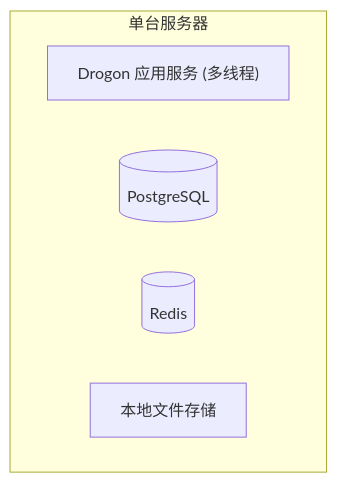
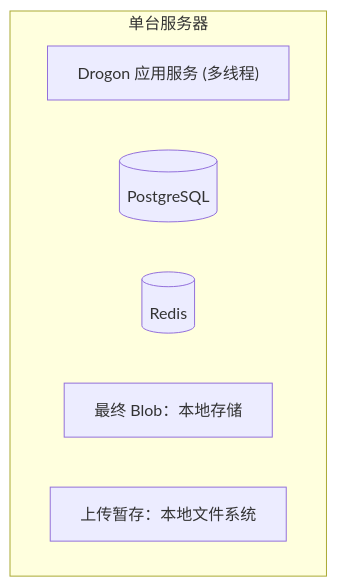
One commit to yizhinailong/disk changed the fifth of 5 diagrams in docs/design/00-系统概述.md. Above: the diagram before and after it, drawn with Mermaid. The commit also changed other lines of this file and 6 other files, not shown here.

````diff
--- a/docs/design/00-系统概述.md
+++ b/docs/design/00-系统概述.md
@@ -363,9 +365,10 @@
 ```mermaid
 flowchart TB
     subgraph Server["单台服务器"]
         App["Drogon 应用服务 (多线程)"]
         PostgreSQL[("PostgreSQL")]
         Redis[("Redis")]
-        Storage["本地文件存储"]
+        Storage["最终 Blob：本地存储"]
+        Staging["上传暂存：本地文件系统"]
     end
 ```
````
